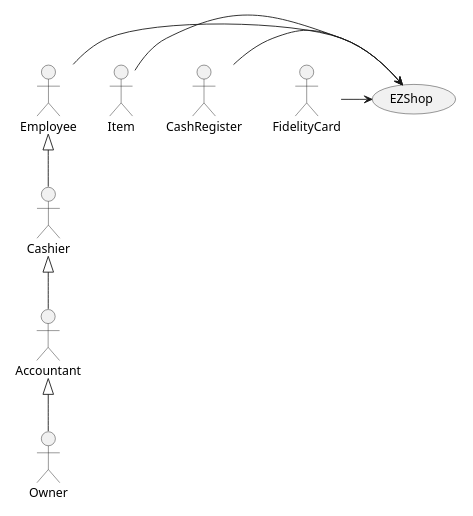
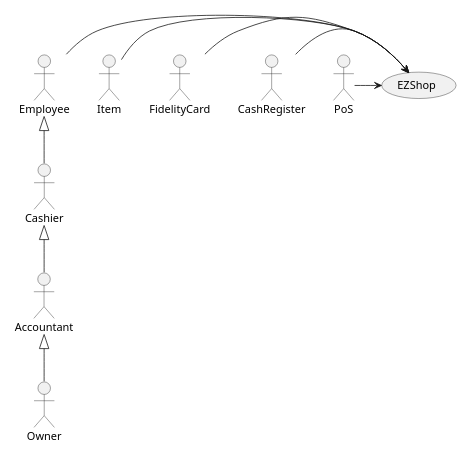
One commit to djemar/softeng_ezshop changed the first of 5 diagrams in Deliverables/RequirementsDocument.md. Above: the diagram before and after it, drawn with PlantUML.

Commit message:
update context diagram

````diff
--- a/Deliverables/RequirementsDocument.md
+++ b/Deliverables/RequirementsDocument.md
@@ -74,20 +74,21 @@
 ```plantuml
 scale 300 width
 top to bottom direction
 actor Owner as o
 actor Employee as e
-actor CashRegister as ca
+actor CashRegister as cr
 actor Item as i
 actor Accountant as acc
 actor Cashier as cas
-actor FidelityCard as cu
+actor FidelityCard as f
+actor PoS as pos
 
 o -up-|> acc
 cas -up-|> e
 acc -up-|> cas
 i -> (EZShop)
 e -> (EZShop)
-ca -> (EZShop)
-cu -> (EZShop)
-
+f -> (EZShop)
+cr -> (EZShop)
+pos -> (EZShop)
 ```
````
